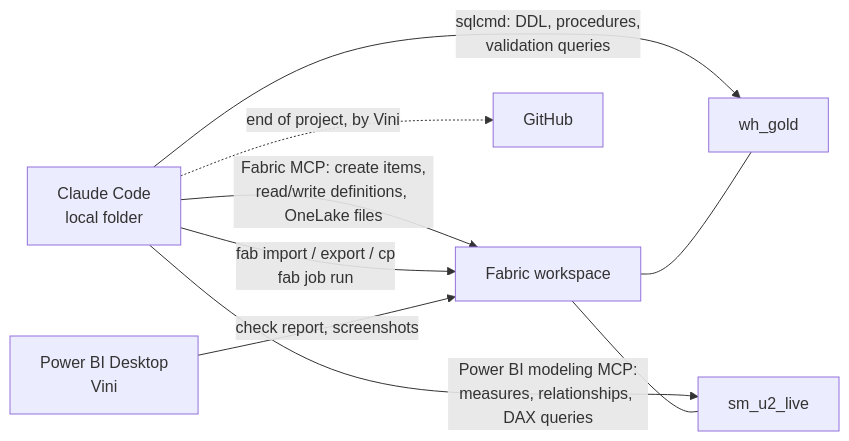
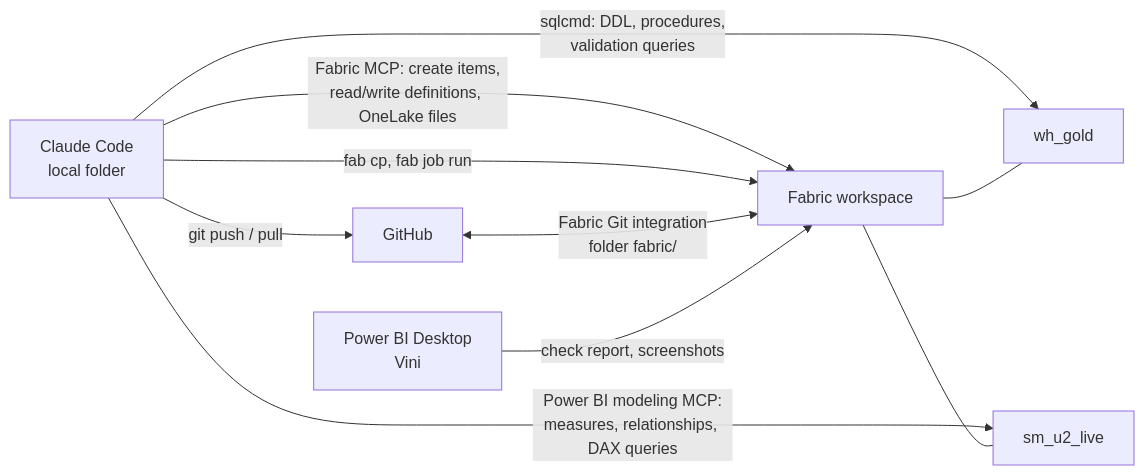
Before and after one commit to vicocbc/u2-live-analytics: the second of 2 diagrams in docs/architecture.md, drawn with Mermaid. The commit also changed other lines of this file and 11 other files, not shown here.

Commit message:
Document the Fabric Git integration workflow and remove the placeholder script

````diff
--- a/docs/architecture.md
+++ b/docs/architecture.md
@@ -95,11 +96,13 @@
 ```mermaid
 flowchart LR
   CC[Claude Code<br/>local folder] -->|Fabric MCP: create items,<br/>read/write definitions, OneLake files| WS[Fabric workspace]
-  CC -->|fab import / export / cp<br/>fab job run| WS
+  CC -->|fab cp, fab job run| WS
+  CC -->|git push / pull| GH
+  GH <-->|Fabric Git integration<br/>folder fabric/| WS
   CC -->|sqlcmd: DDL, procedures,<br/>validation queries| WH[wh_gold]
   CC -->|Power BI modeling MCP:<br/>measures, relationships, DAX queries| SM[sm_u2_live]
   WS --- WH
   WS --- SM
   PBD[Power BI Desktop<br/>Vini] -->|check report, screenshots| WS
-  CC -.->|end of project, by Vini| GH[GitHub]
+  GH[GitHub]
 ```
````
